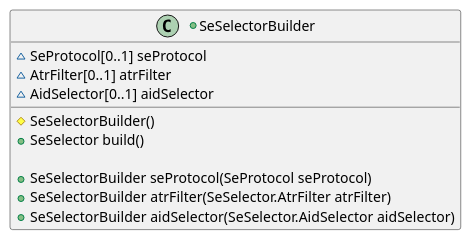
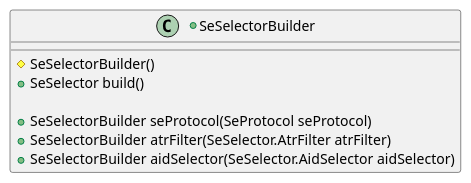
Before and after one commit to calypsonet/keyple: diagram 45 of 53 in src/KeypleCoreApi/Application/puml/KeypleCore-ApplicationApi-ClassDiag-SE_Proxy-ClassElements.iuml, drawn with PlantUML. The commit also changed other lines of this file and 3 other files, not shown here.

```diff
--- a/src/KeypleCoreApi/Application/puml/KeypleCore-ApplicationApi-ClassDiag-SE_Proxy-ClassElements.iuml
+++ b/src/KeypleCoreApi/Application/puml/KeypleCore-ApplicationApi-ClassDiag-SE_Proxy-ClassElements.iuml
@@ -549,13 +552,13 @@
 @startuml(id=SEPROXY_SELECTOR_BUILDER_0_9_0)
 +class SeSelectorBuilder {
-  ~SeProtocol[0..1] seProtocol
-  ~AtrFilter[0..1] atrFilter
-  ~AidSelector[0..1] aidSelector
+'  ~SeProtocol[0..1] seProtocol
+'  ~AtrFilter[0..1] atrFilter
+'  ~AidSelector[0..1] aidSelector
   #SeSelectorBuilder()
   +SeSelector build()
 
   +SeSelectorBuilder seProtocol(SeProtocol seProtocol)
   +SeSelectorBuilder atrFilter(SeSelector.AtrFilter atrFilter)
   +SeSelectorBuilder aidSelector(SeSelector.AidSelector aidSelector)
 }
 @enduml
```
